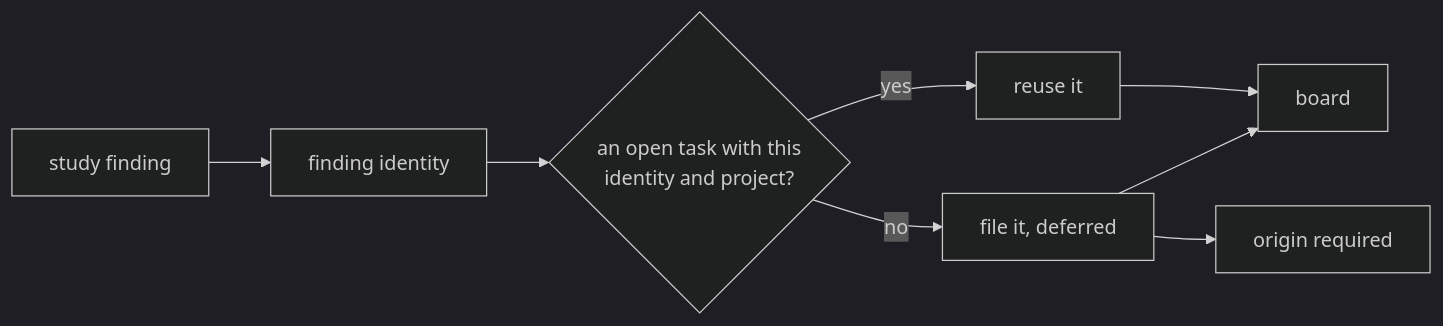
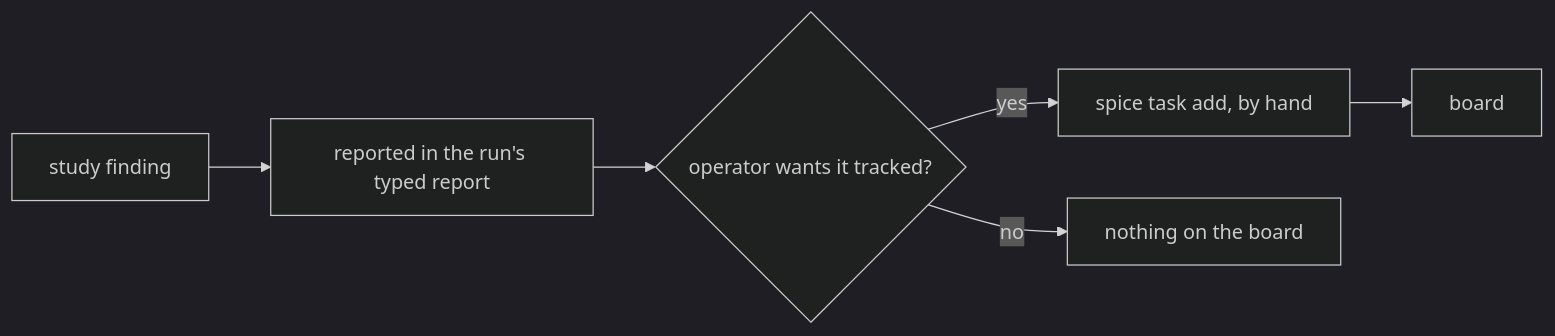
Before and after one commit to infimalabs/spice-rust: diagram 12 of 13 in docs/product/checks.md, drawn with Mermaid (dark theme). The commit also changed other lines of this file and 40 other files, not shown here.

````diff
--- a/docs/product/checks.md
+++ b/docs/product/checks.md
@@ -428,10 +428,8 @@
 ```mermaid
 flowchart LR
-  F["study finding"] --> S["finding identity"]
-  S --> M{"an open task with this<br/>identity and project?"}
-  M -- yes --> R["reuse it"]
-  M -- no --> C["file it, deferred"]
-  C --> O["origin required"]
-  R --> B[board]
-  C --> B
+  F["study finding"] --> R["reported in the run's typed report"]
+  R --> O{"operator wants it tracked?"}
+  O -- yes --> A["spice task add, by hand"]
+  O -- no --> N["nothing on the board"]
+  A --> B[board]
 ```
````
